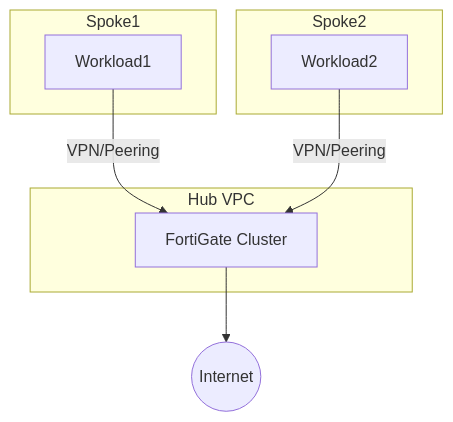
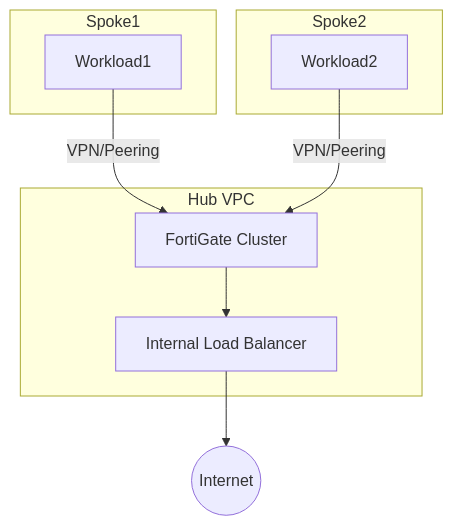
One commit to vaibhavCodian/Gcp-NVA-Playground changed the fourth of 6 diagrams in Firewalls/fortinet/README.md. Above: the diagram before and after it, drawn with Mermaid. The commit also changed other lines of this file, not shown here.

````diff
--- a/Firewalls/fortinet/README.md
+++ b/Firewalls/fortinet/README.md
@@ -72,15 +100,17 @@
 ```mermaid
 flowchart TD
     subgraph Hub VPC
         FG[FortiGate Cluster]
+        ILB[Internal Load Balancer]
     end
     subgraph Spoke1
         S1[Workload1]
     end
     subgraph Spoke2
         S2[Workload2]
     end
     S1 -- VPN/Peering --> FG
     S2 -- VPN/Peering --> FG
-    FG --> Internet((Internet))
+    FG --> ILB
+    ILB --> Internet((Internet))
 ```
````
